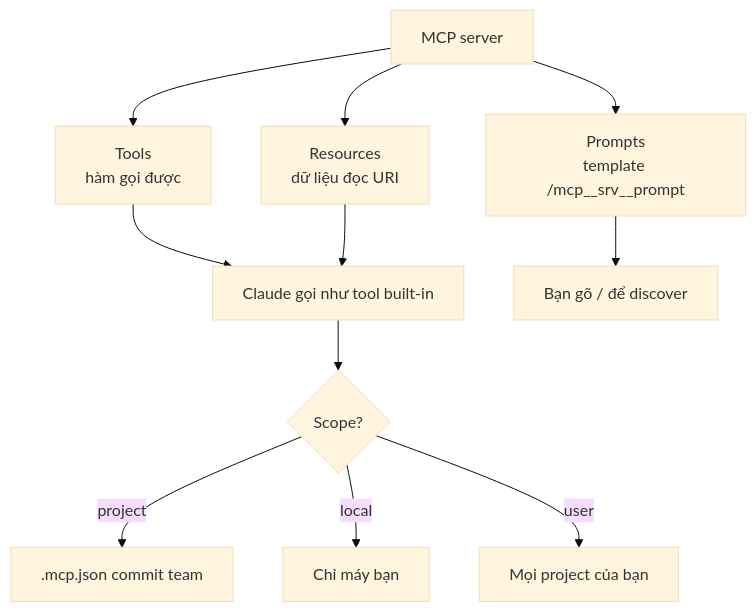
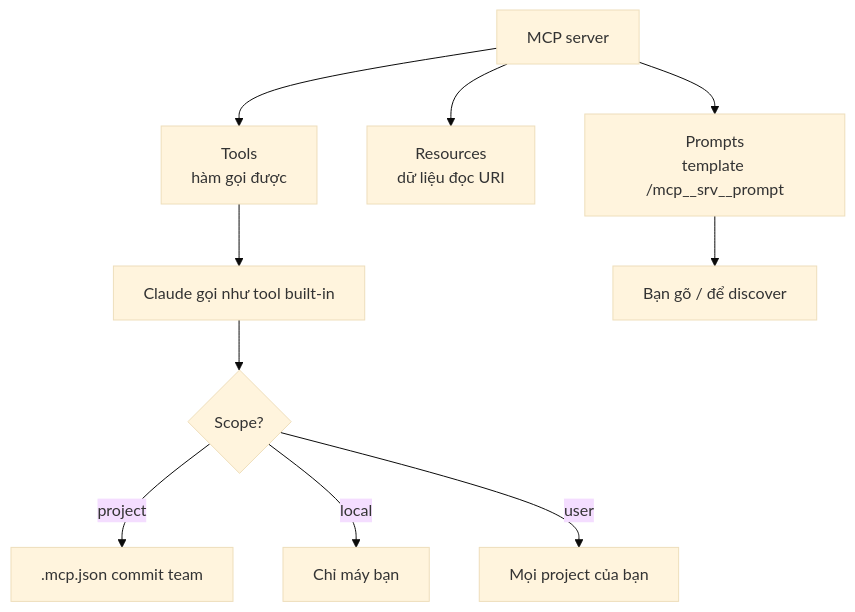
Before and after one commit to nbhson/tutorial-claude-code: the diagram in 03-cau-hoi-thuong-gap/04-mcp-faq.md, drawn with Mermaid (base theme). The commit also changed other lines of this file and 41 other files, not shown here.

````diff
--- a/03-cau-hoi-thuong-gap/04-mcp-faq.md
+++ b/03-cau-hoi-thuong-gap/04-mcp-faq.md
@@ -48,13 +37,12 @@
 ```mermaid
 flowchart TD
   S[MCP server] --> T[Tools<br/>hàm gọi được]
   S --> R[Resources<br/>dữ liệu đọc URI]
   S --> P[Prompts<br/>template /mcp__srv__prompt]
   T --> C[Claude gọi như tool built-in]
-  R --> C
   P --> U[Bạn gõ / để discover]
   C --> SC{Scope?}
   SC -->|project| P1[.mcp.json commit team]
   SC -->|local| P2[Chỉ máy bạn]
   SC -->|user| P3[Mọi project của bạn]
 ```
````
